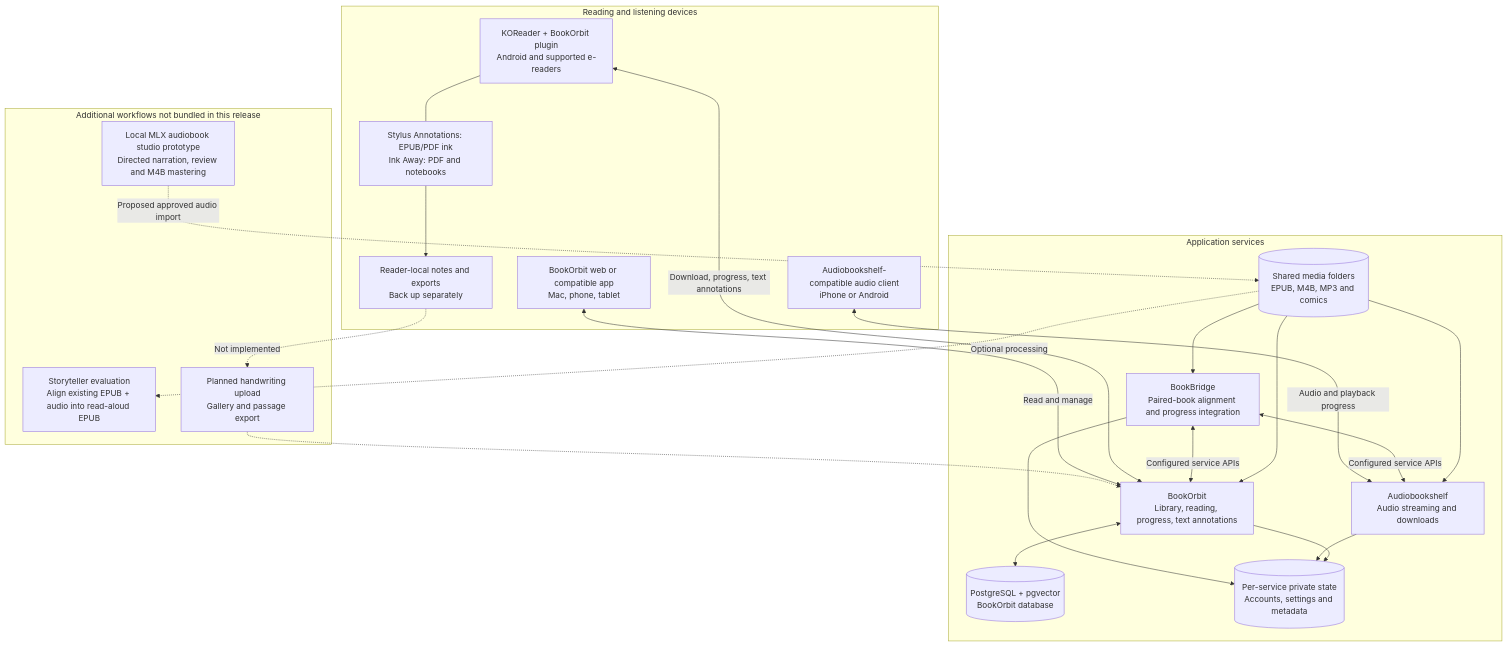
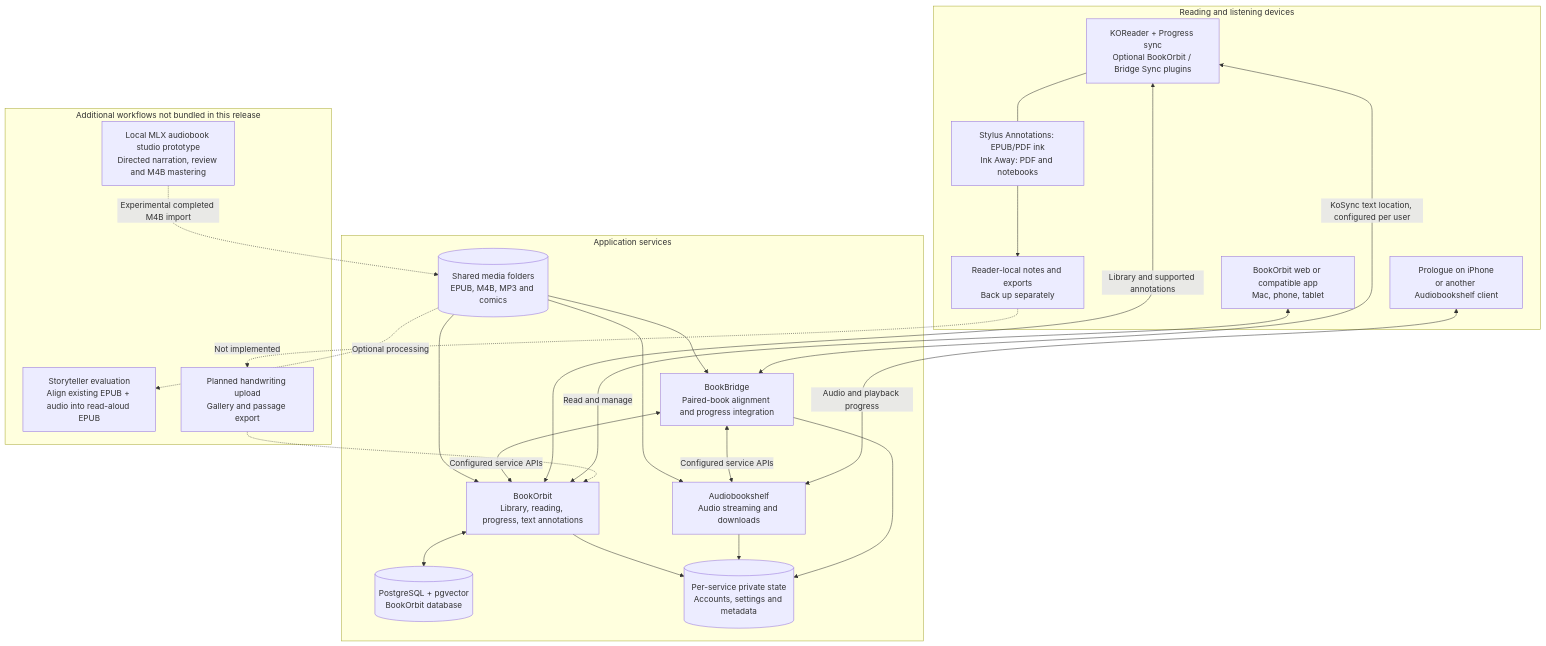
One commit to seshakiran/bookorbit-reading-stack changed the first of 3 diagrams in README.md. Above: the diagram before and after it, drawn with Mermaid. The commit also changed other lines of this file and 6 other files, not shown here.

````diff
--- a/README.md
+++ b/README.md
@@ -40,41 +48,42 @@
 ```mermaid
 flowchart TB
     subgraph Clients[Reading and listening devices]
-        K["KOReader + BookOrbit plugin<br/>Android and supported e-readers"]
+        K["KOReader + Progress sync<br/>Optional BookOrbit / Bridge Sync plugins"]
         W["BookOrbit web or compatible app<br/>Mac, phone, tablet"]
-        P["Audiobookshelf-compatible audio client<br/>iPhone or Android"]
+        P["Prologue on iPhone<br/>or another Audiobookshelf client"]
         INK["Stylus Annotations: EPUB/PDF ink<br/>Ink Away: PDF and notebooks"]
         LOCAL["Reader-local notes and exports<br/>Back up separately"]
         INK --> LOCAL
         K --- INK
     end
     subgraph Services[Application services]
         B["BookOrbit<br/>Library, reading, progress, text annotations"]
         A["Audiobookshelf<br/>Audio streaming and downloads"]
         R["BookBridge<br/>Paired-book alignment and progress integration"]
         DB[("PostgreSQL + pgvector<br/>BookOrbit database")]
         STATE[("Per-service private state<br/>Accounts, settings and metadata")]
         MEDIA[("Shared media folders<br/>EPUB, M4B, MP3 and comics")]
         B <--> DB
         B --> STATE
         A --> STATE
         R --> STATE
         MEDIA --> B
         MEDIA --> A
         MEDIA --> R
         R <-->|Configured service APIs| B
         R <-->|Configured service APIs| A
     end
-    K <-->|Download, progress, text annotations| B
+    K <-->|Library and supported annotations| B
+    K <-->|KoSync text location, configured per user| R
     W <-->|Read and manage| B
     P <-->|Audio and playback progress| A
     subgraph Future[Additional workflows not bundled in this release]
         TTS["Local MLX audiobook studio prototype<br/>Directed narration, review and M4B mastering"]
         ST["Storyteller evaluation<br/>Align existing EPUB + audio into read-aloud EPUB"]
         INKSYNC["Planned handwriting upload<br/>Gallery and passage export"]
     end
-    TTS -.->|Proposed approved audio import| MEDIA
+    TTS -.->|Experimental completed M4B import| MEDIA
     MEDIA -.->|Optional processing| ST
     LOCAL -.->|Not implemented| INKSYNC
     INKSYNC -.-> B
 ```
````
